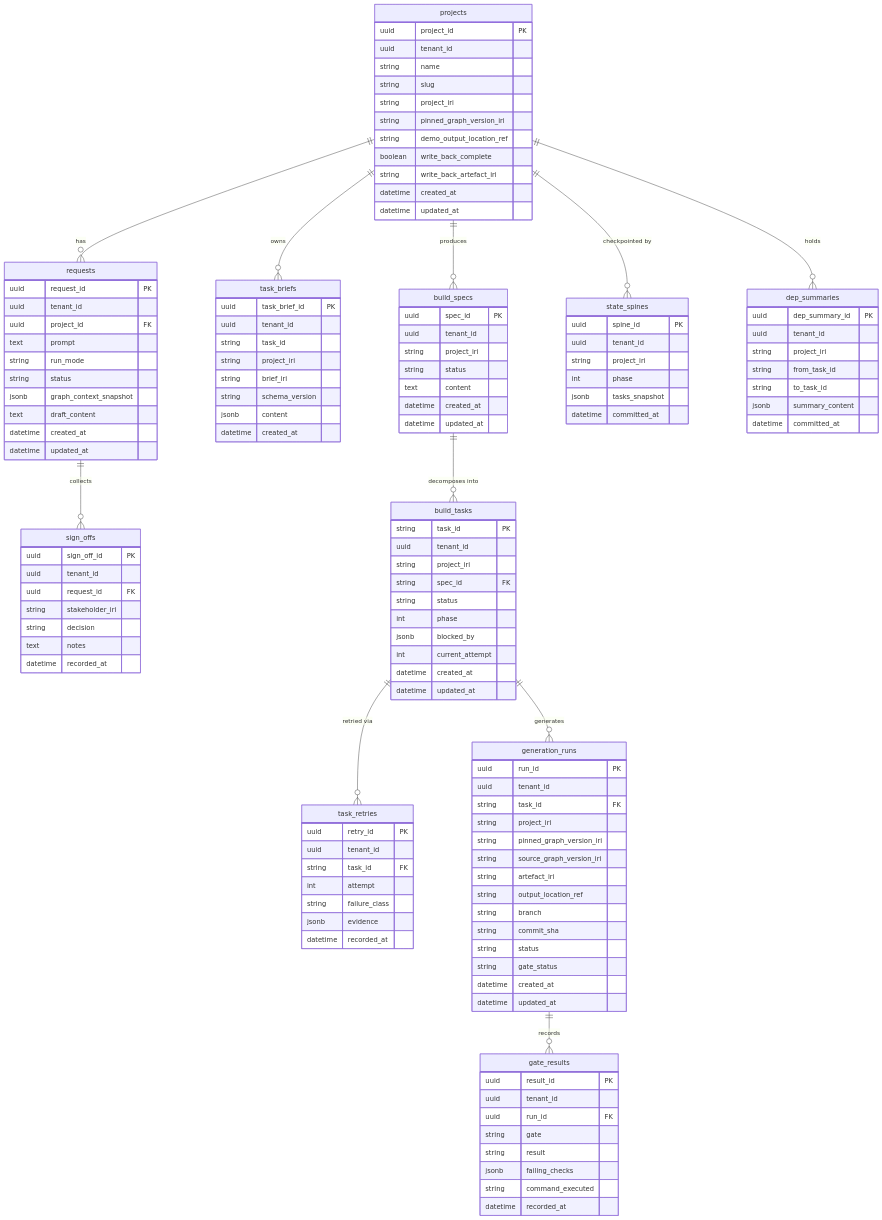
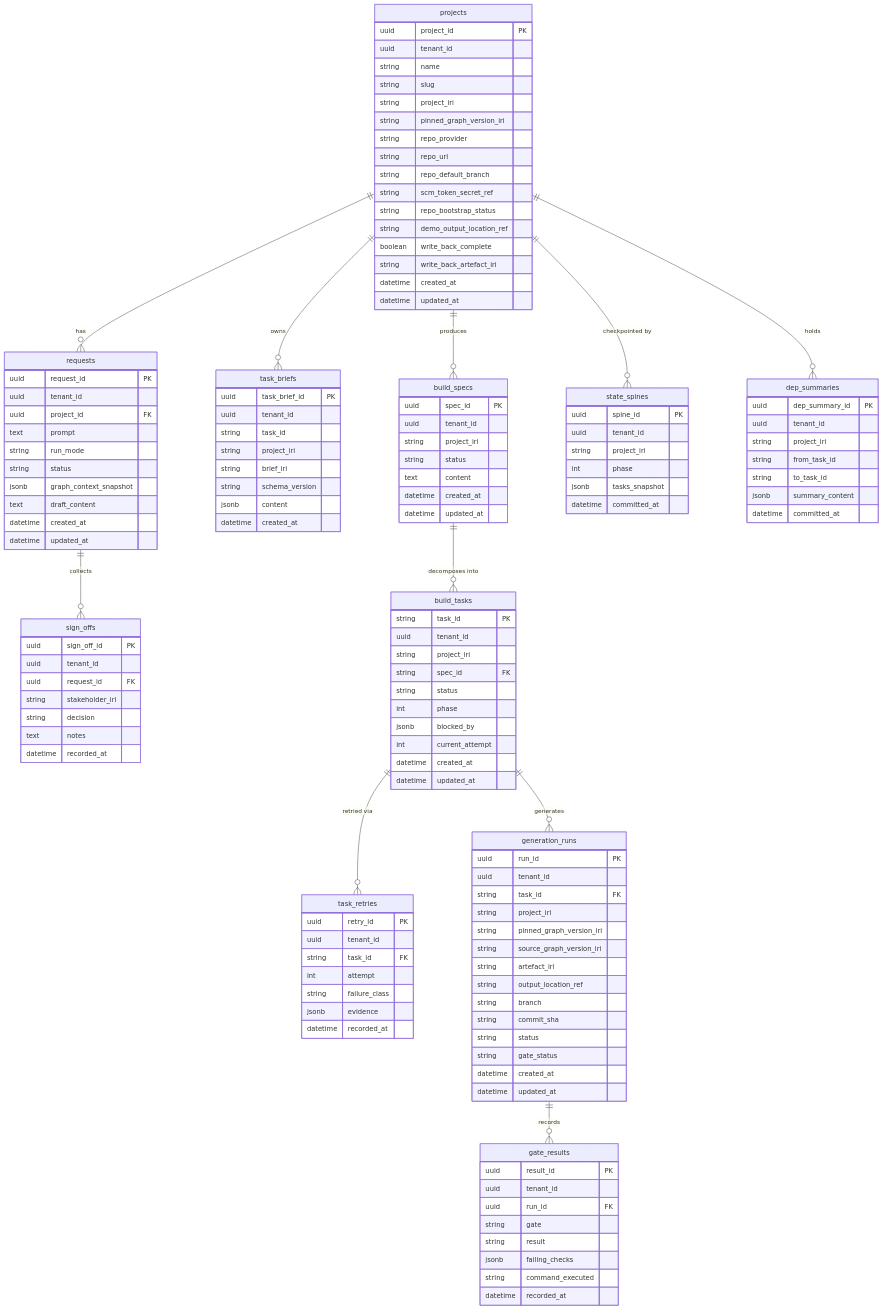
The diagram in docs/specs/weave/engines/build-engine/tech-spec/data-model.md (gazzwi86/weave), drawn with Mermaid before and after one commit. The commit also changed other lines of this file and 38 other files, not shown here.

```diff
--- a/docs/specs/weave/engines/build-engine/tech-spec/data-model.md
+++ b/docs/specs/weave/engines/build-engine/tech-spec/data-model.md
@@ -72,6 +72,11 @@
     string slug
     string project_iri
     string pinned_graph_version_iri
+    string repo_provider
+    string repo_url
+    string repo_default_branch
+    string scm_token_secret_ref
+    string repo_bootstrap_status
     string demo_output_location_ref
     boolean write_back_complete
     string write_back_artefact_iri
```
